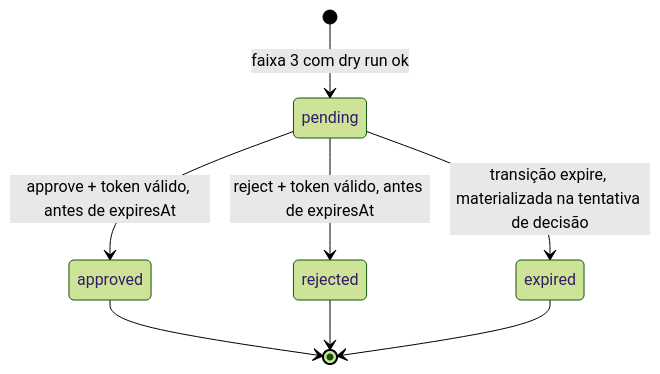
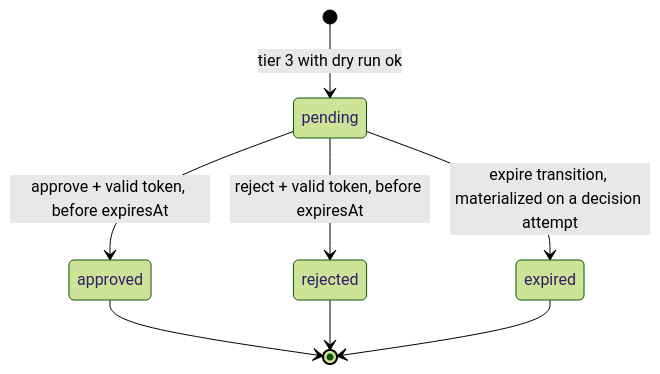
Before and after one commit to flaviorg/incident-copilot: the third of 3 diagrams in docs/architecture.md, drawn with Mermaid (forest theme). The commit also changed other lines of this file and 24 other files, not shown here.

````diff
--- a/docs/architecture.md
+++ b/docs/architecture.md
@@ -144,10 +144,10 @@
 ```mermaid
 stateDiagram-v2
-  [*] --> pending: faixa 3 com dry run ok
-  pending --> approved: approve + token válido, antes de expiresAt
-  pending --> rejected: reject + token válido, antes de expiresAt
-  pending --> expired: transição expire, materializada na tentativa de decisão
+  [*] --> pending: tier 3 with dry run ok
+  pending --> approved: approve + valid token, before expiresAt
+  pending --> rejected: reject + valid token, before expiresAt
+  pending --> expired: expire transition, materialized on a decision attempt
   approved --> [*]
   rejected --> [*]
   expired --> [*]
 ```
````
